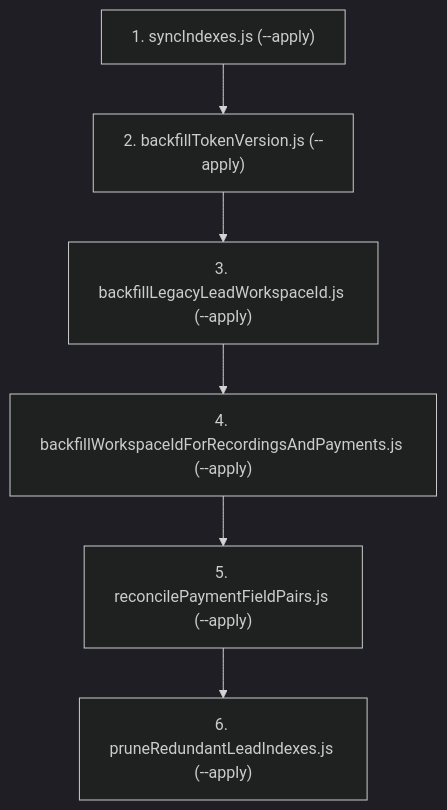
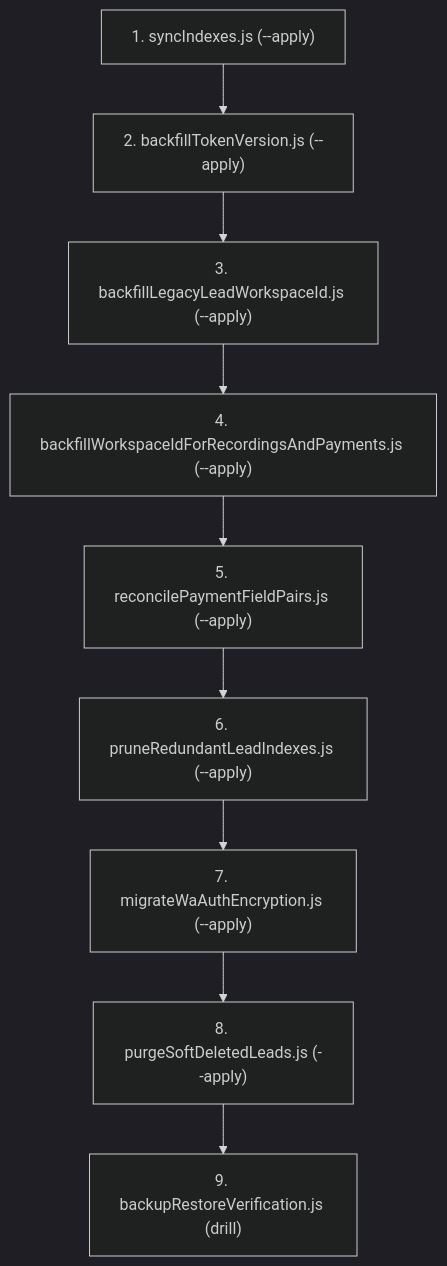
Before and after one commit to mayalok-ventures/const-crm-software: the second of 2 diagrams in docs/PRODUCTION_RUNBOOK.md, drawn with Mermaid (dark theme). The commit also changed other lines of this file and 1 other file, not shown here.

````diff
--- a/docs/PRODUCTION_RUNBOOK.md
+++ b/docs/PRODUCTION_RUNBOOK.md
@@ -99,8 +106,11 @@
 ```mermaid
 flowchart TD
     M1["1. syncIndexes.js (--apply)"] --> M2["2. backfillTokenVersion.js (--apply)"]
     M2 --> M3["3. backfillLegacyLeadWorkspaceId.js (--apply)"]
     M3 --> M4["4. backfillWorkspaceIdForRecordingsAndPayments.js (--apply)"]
     M4 --> M5["5. reconcilePaymentFieldPairs.js (--apply)"]
     M5 --> M6["6. pruneRedundantLeadIndexes.js (--apply)"]
+    M6 --> M7["7. migrateWaAuthEncryption.js (--apply)"]
+    M7 --> M8["8. purgeSoftDeletedLeads.js (--apply)"]
+    M8 --> M9["9. backupRestoreVerification.js (drill)"]
 ```
````
